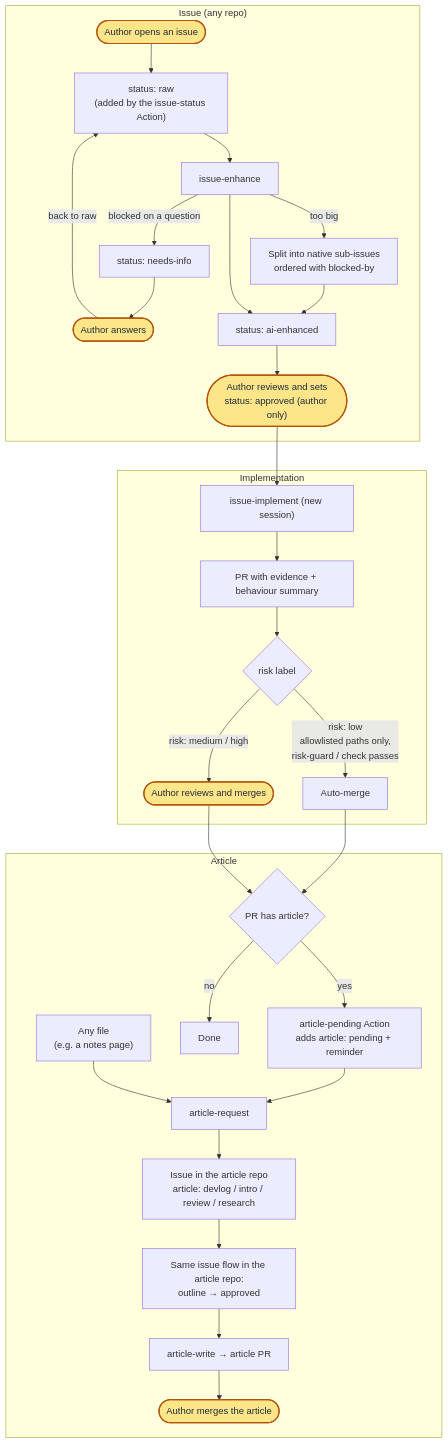
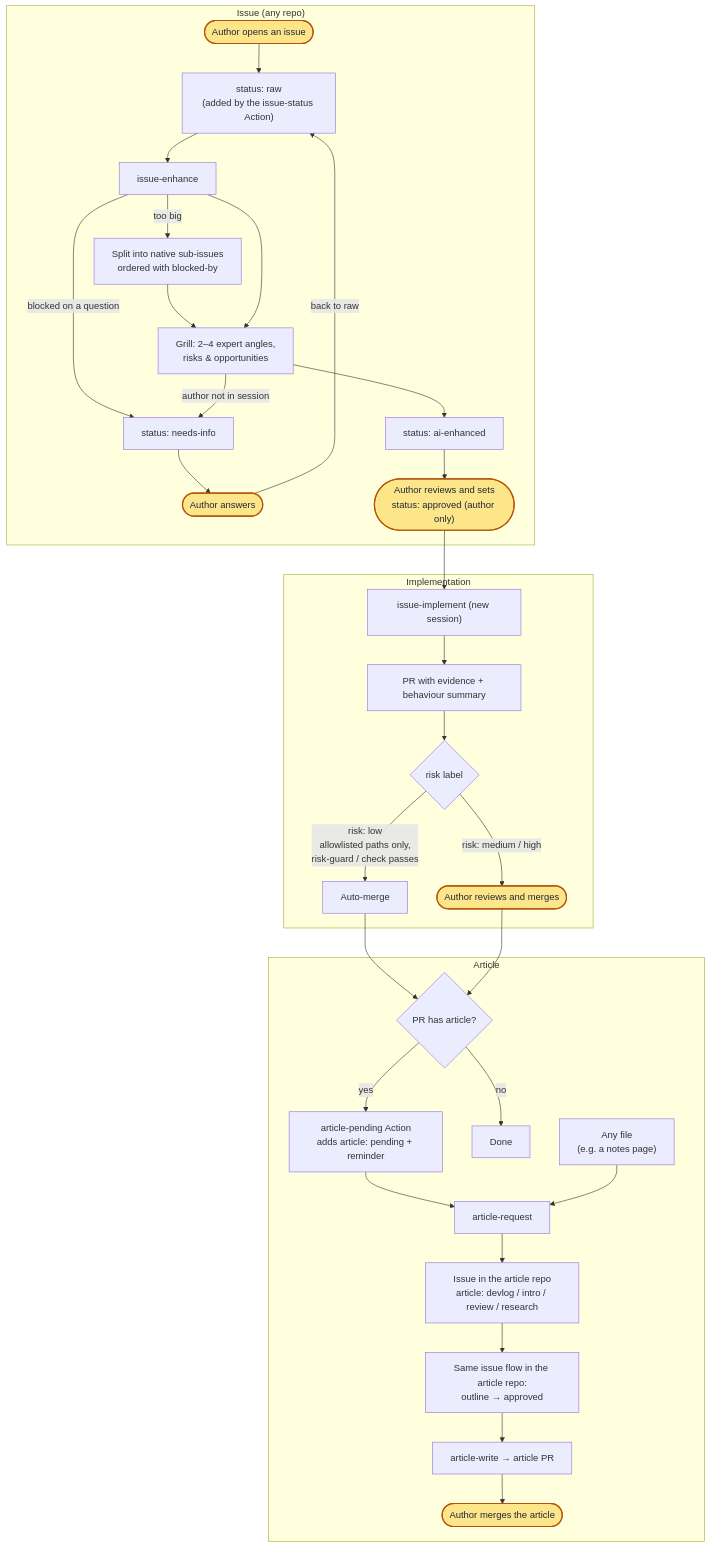
One commit to sean2249/skills changed the diagram in README.md. Above: the diagram before and after it, drawn with Mermaid. The commit also changed 3 other files, not shown here.

First line of the commit message:
Add a Grill step to issue-enhance before ai-enhanced

````diff
--- a/README.md
+++ b/README.md
@@ -34,37 +34,39 @@
 ```mermaid
 flowchart TD
   subgraph ISSUE["Issue (any repo)"]
     A(["Author opens an issue"]):::author --> B["status: raw<br/>(added by the issue-status Action)"]
     B --> C["issue-enhance"]
     C -->|blocked on a question| D["status: needs-info"]
     D --> E(["Author answers"]):::author
     E -->|back to raw| B
     C -->|too big| F["Split into native sub-issues<br/>ordered with blocked-by"]
-    F --> G
-    C --> G["status: ai-enhanced"]
+    F --> GR
+    C --> GR["Grill: 2–4 expert angles,<br/>risks & opportunities"]
+    GR --> G["status: ai-enhanced"]
+    GR -->|author not in session| D
     G --> H(["Author reviews and sets<br/>status: approved (author only)"]):::author
   end
 
   subgraph IMPL["Implementation"]
     H --> I["issue-implement (new session)"]
     I --> J["PR with evidence + behaviour summary"]
     J --> K{"risk label"}
     K -->|"risk: low<br/>allowlisted paths only,<br/>risk-guard / check passes"| L["Auto-merge"]
     K -->|"risk: medium / high"| M(["Author reviews and merges"]):::author
   end
 
   subgraph ART["Article"]
     L --> N{"PR has article?"}
     M --> N
     N -->|yes| O["article-pending Action<br/>adds article: pending + reminder"]
     N -->|no| Z["Done"]
     O --> P["article-request"]
     Q["Any file<br/>(e.g. a notes page)"] --> P
     P --> R["Issue in the article repo<br/>article: devlog / intro / review / research"]
     R --> S["Same issue flow in the article repo:<br/>outline → approved"]
     S --> T["article-write → article PR"]
     T --> U(["Author merges the article"]):::author
   end
 
   classDef author fill:#fde68a,stroke:#b45309,color:#1f2937,stroke-width:2px
 ```
````
